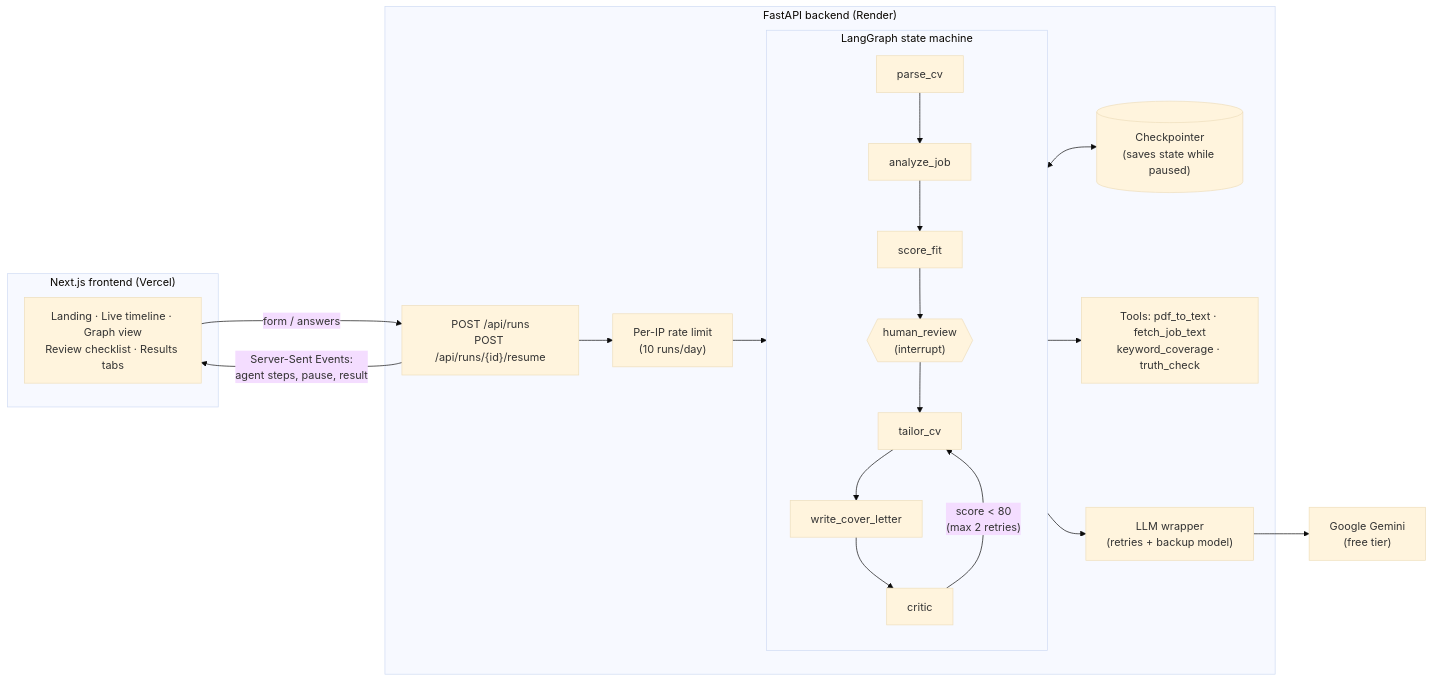
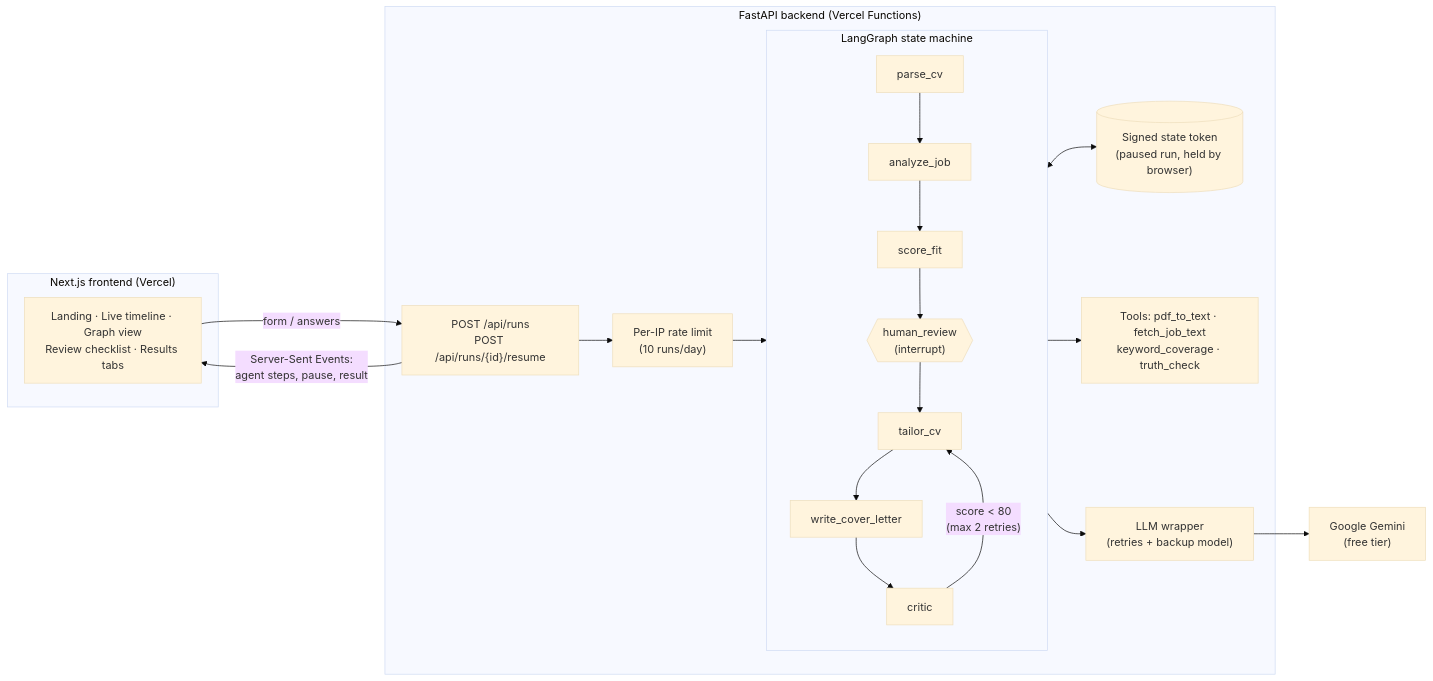
The diagram in README.md (Memoona-Amjad/hiremate), drawn with Mermaid (base theme) before and after one commit. The commit also changed other lines of this file and 16 other files, not shown here.

Commit message:
feat: stateless resume with signed state tokens and Vercel config for the backend

````diff
--- a/README.md
+++ b/README.md
@@ -33,28 +33,28 @@
 ```mermaid
 flowchart LR
     subgraph Browser["Next.js frontend (Vercel)"]
         UI["Landing · Live timeline · Graph view<br/>Review checklist · Results tabs"]
     end
 
-    subgraph API["FastAPI backend (Render)"]
+    subgraph API["FastAPI backend (Vercel Functions)"]
         EP["POST /api/runs<br/>POST /api/runs/{id}/resume"]
         RL["Per-IP rate limit<br/>(10 runs/day)"]
         subgraph G["LangGraph state machine"]
             P[parse_cv] --> J[analyze_job] --> F[score_fit] --> H{{"human_review<br/>(interrupt)"}}
             H --> T[tailor_cv] --> L[write_cover_letter] --> C[critic]
             C -- "score < 80<br/>(max 2 retries)" --> T
         end
-        CK[("Checkpointer<br/>(saves state while paused)")]
+        CK[("Signed state token<br/>(paused run, held by browser)")]
         TOOLS["Tools: pdf_to_text · fetch_job_text<br/>keyword_coverage · truth_check"]
         LLM["LLM wrapper<br/>(retries + backup model)"]
     end
 
     GEM["Google Gemini<br/>(free tier)"]
 
     UI -- "form / answers" --> EP
     EP -- "Server-Sent Events:<br/>agent steps, pause, result" --> UI
     EP --> RL --> G
     G <--> CK
     G --> TOOLS
     G --> LLM --> GEM
 ```
````
